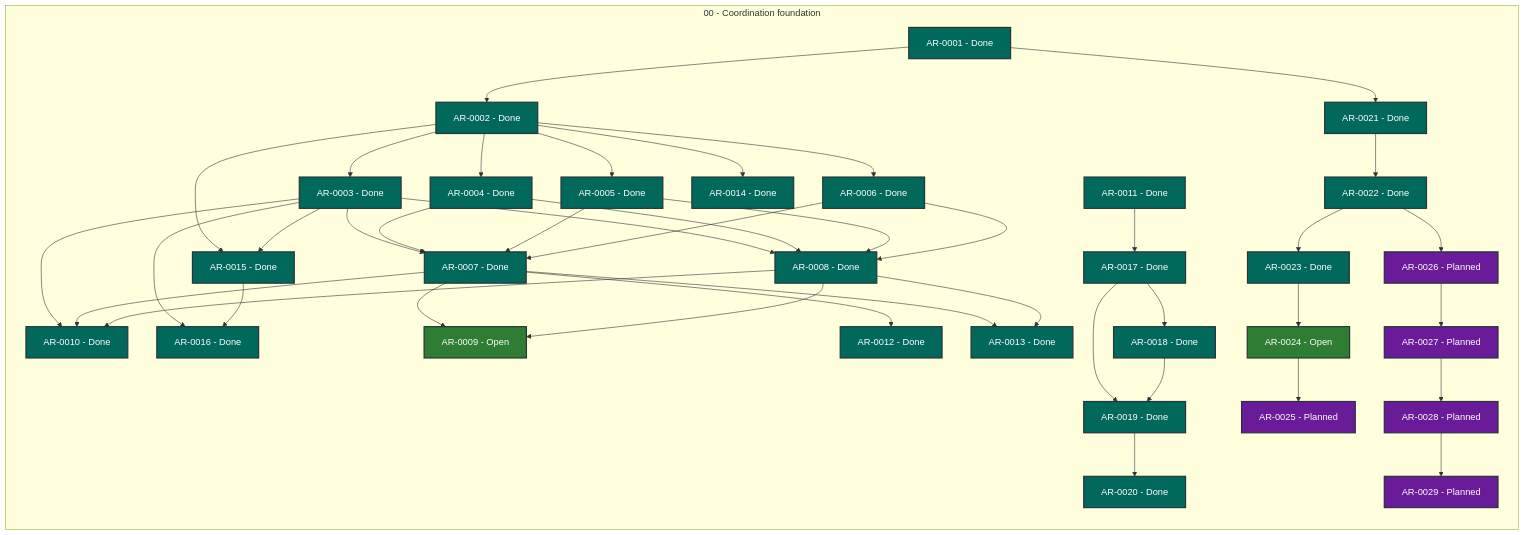
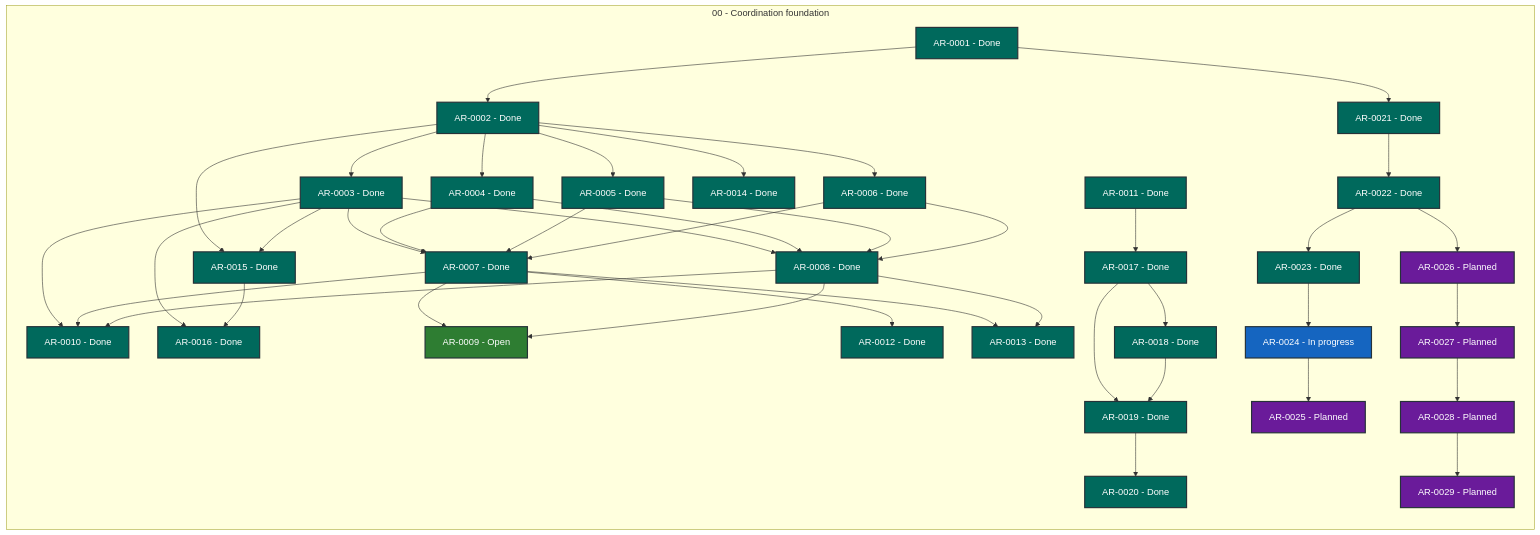
The diagram in STATUS.md (martin-beck/agent-workflow-coordinator-state), drawn with Mermaid before and after one commit. The commit also changed other lines of this file and 2 other files, not shown here.

```diff
--- a/STATUS.md
+++ b/STATUS.md
@@ -51,7 +51,7 @@
         AR_0021["AR-0021 - Done"]:::status_done
         AR_0022["AR-0022 - Done"]:::status_done
         AR_0023["AR-0023 - Done"]:::status_done
-        AR_0024["AR-0024 - Open"]:::status_open
+        AR_0024["AR-0024 - In progress"]:::status_in_progress
         AR_0025["AR-0025 - Planned"]:::status_planned
         AR_0026["AR-0026 - Planned"]:::status_planned
         AR_0027["AR-0027 - Planned"]:::status_planned
```
